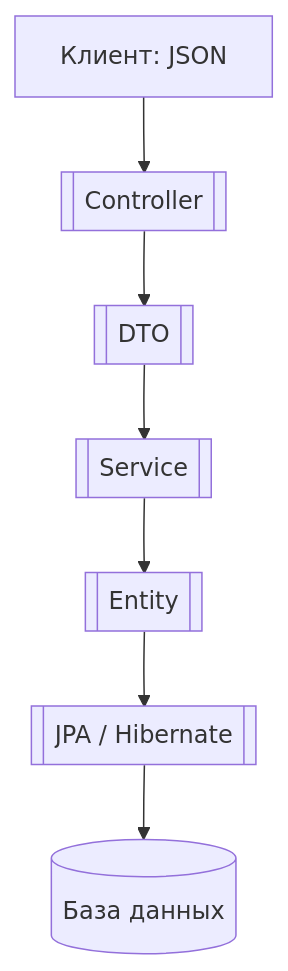
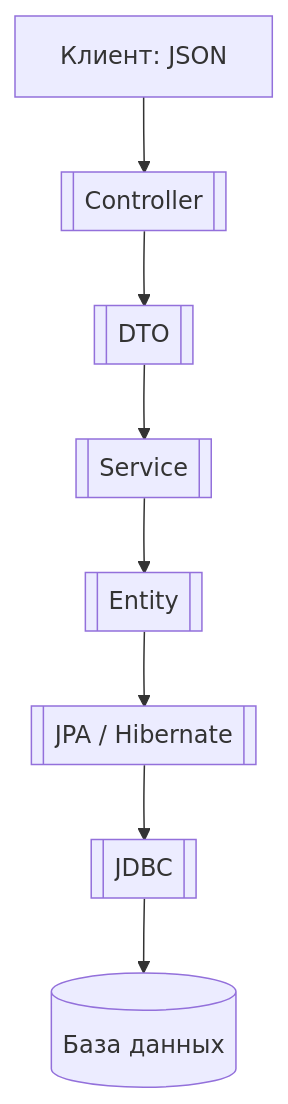
The diagram in Программирование/Java/Spring/Структурированные термины и т.д..md (Fab3693/Obsidian), drawn with Mermaid before and after one commit. The commit also changed other lines of this file and 2 other files, not shown here.

````diff
--- a/Программирование/Java/Spring/Структурированные термины и т.д..md
+++ b/Программирование/Java/Spring/Структурированные термины и т.д..md
@@ -91,9 +133,10 @@
 ```mermaid
 graph TD
 A[Клиент: JSON] --> B[[Controller]]
 B --> C[[DTO]]
 C --> D[[Service]]
 D --> E[[Entity]]
 E --> F[[JPA / Hibernate]]
-F --> G[(База данных)]
+F --> G[[JDBC]]
+G --> H[(База данных)]
 ```
````
